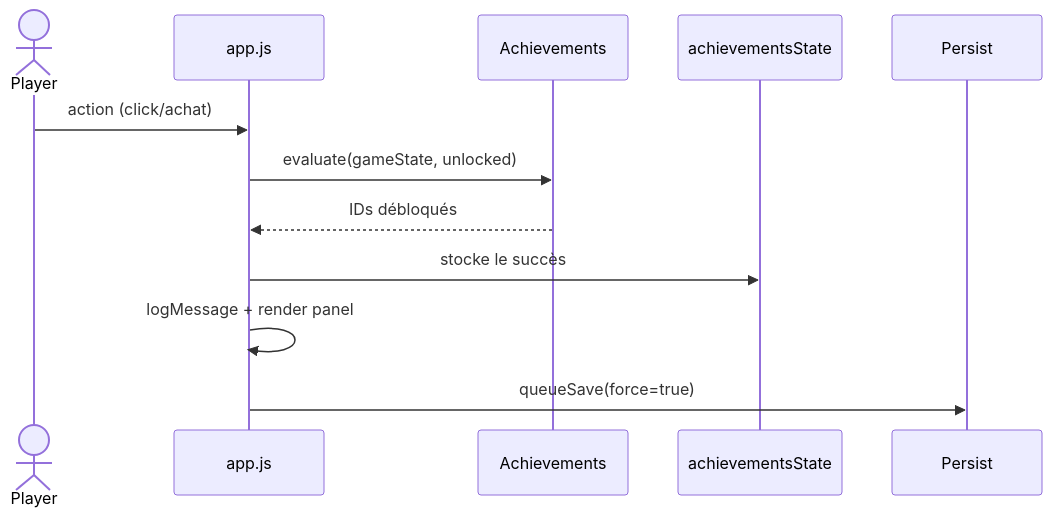
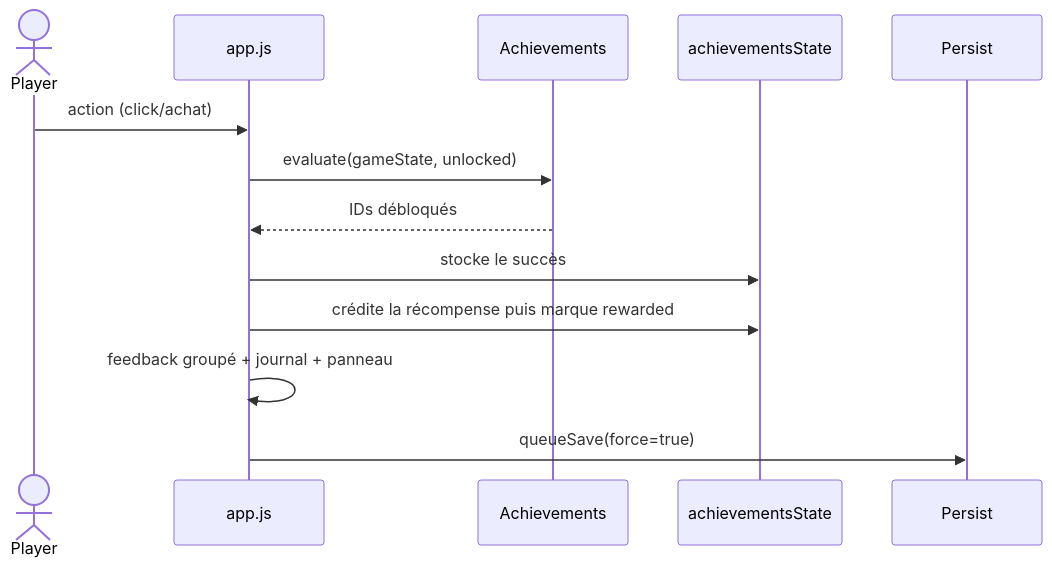
One commit to nclsppr/papersempire changed the second of 4 diagrams in docs/architecture.md. Above: the diagram before and after it, drawn with Mermaid. The commit also changed other lines of this file and 37 other files, not shown here.

````diff
--- a/docs/architecture.md
+++ b/docs/architecture.md
@@ -67,13 +77,14 @@
 ```mermaid
 sequenceDiagram
     actor Player
     participant App as app.js
     participant Ach as Achievements
     participant AchState as achievementsState
     Player->>App: action (click/achat)
     App->>Ach: evaluate(gameState, unlocked)
     Ach-->>App: IDs débloqués
     App->>AchState: stocke le succès
-    App->>App: logMessage + render panel
+    App->>AchState: crédite la récompense puis marque rewarded
+    App->>App: feedback groupé + journal + panneau
     App->>Persist: queueSave(force=true)
 ```
````
